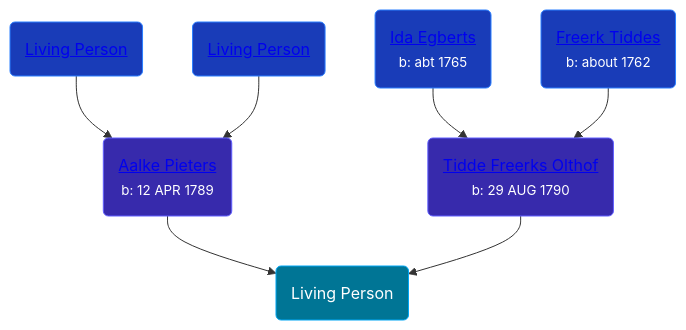
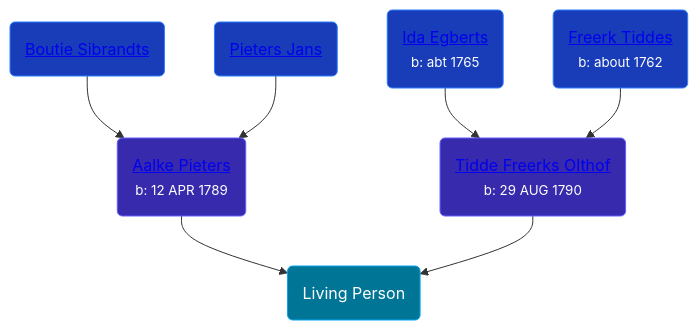
Before and after one commit to wpmgotkh/wpmgotkh.github.io: the diagram in pages/people/5/56284680.md, drawn with Mermaid. The commit also changed 586 other files, not shown here.

Commit message:
feat: better shouldConsiderPersonLiving algo

````diff
--- a/pages/people/5/56284680.md
+++ b/pages/people/5/56284680.md
@@ -10,13 +10,13 @@
 ```mermaid
 graph
 classDef grands fill:#193cb8,stroke:#2b7fff,stroke-width:1px,color:#fff;
 classDef parents fill:#372aac,stroke:#615fff,stroke-width:1px,color:#fff;
 classDef primary fill:#007595,stroke:#00a6f4,stroke-width:1px,color:#fff;
 56284680(Living Person):::primary
 70796984(<a class="text-white" href="/people/7/70796984">Aalke Pieters</a><br /><small>b: 12 APR 1789</small>):::parents-->56284680
-52450158(<a class="text-white" href="/people/5/52450158">Living Person</a>):::grands-->70796984
-70270996(<a class="text-white" href="/people/7/70270996">Living Person</a>):::grands-->70796984
+52450158(<a class="text-white" href="/people/5/52450158">Boutie Sibrandts</a>):::grands-->70796984
+70270996(<a class="text-white" href="/people/7/70270996">Pieters Jans</a>):::grands-->70796984
 7481187(<a class="text-white" href="/people/7/7481187">Tidde Freerks Olthof</a><br /><small>b: 29 AUG 1790</small>):::parents-->56284680
 68075578(<a class="text-white" href="/people/6/68075578">Ida Egberts</a><br /><small>b: abt 1765</small>):::grands-->7481187
 21111317(<a class="text-white" href="/people/2/21111317">Freerk Tiddes</a><br /><small>b: about 1762</small>):::grands-->7481187
 ```
````
